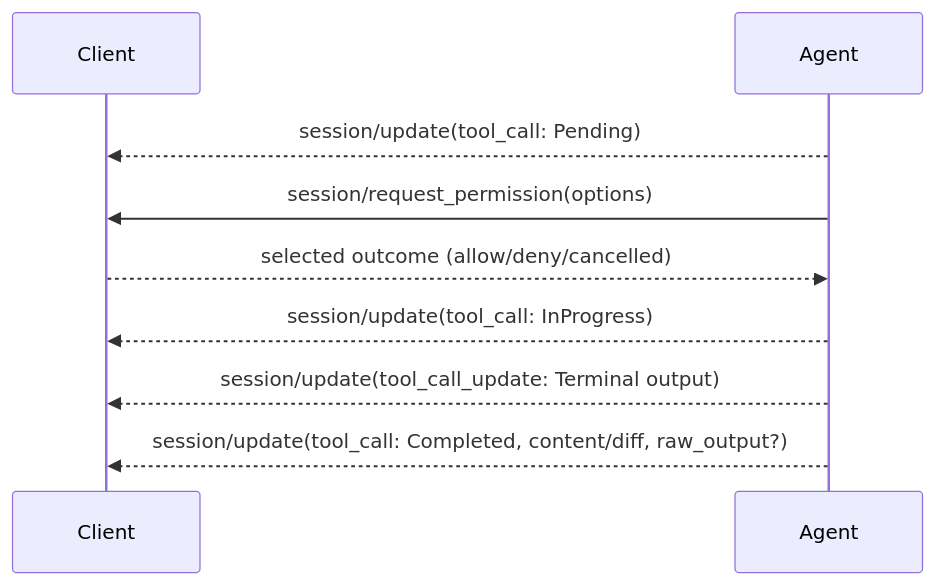
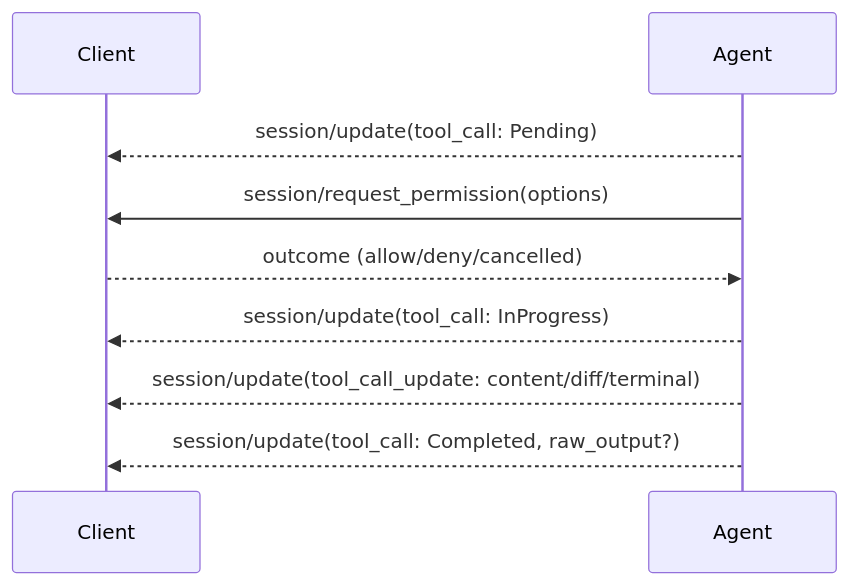
Before and after one commit to csells/dart_acp: the fourth of 7 diagrams in specs/acp-client-best-practices.md, drawn with Mermaid. The commit also changed other lines of this file and 2 other files, not shown here.

Commit message:
updated for the correct diff output we should be looking for and specs/docs.

````diff
--- a/specs/acp-client-best-practices.md
+++ b/specs/acp-client-best-practices.md
@@ -620,11 +435,11 @@
 ```mermaid
 sequenceDiagram
     participant C as Client
     participant A as Agent
     A-->>C: session/update(tool_call: Pending)
     A->>C: session/request_permission(options)
-    C-->>A: selected outcome (allow/deny/cancelled)
+    C-->>A: outcome (allow/deny/cancelled)
     A-->>C: session/update(tool_call: InProgress)
-    A-->>C: session/update(tool_call_update: Terminal output)
-    A-->>C: session/update(tool_call: Completed, content/diff, raw_output?)
+    A-->>C: session/update(tool_call_update: content/diff/terminal)
+    A-->>C: session/update(tool_call: Completed, raw_output?)
 ```
````
